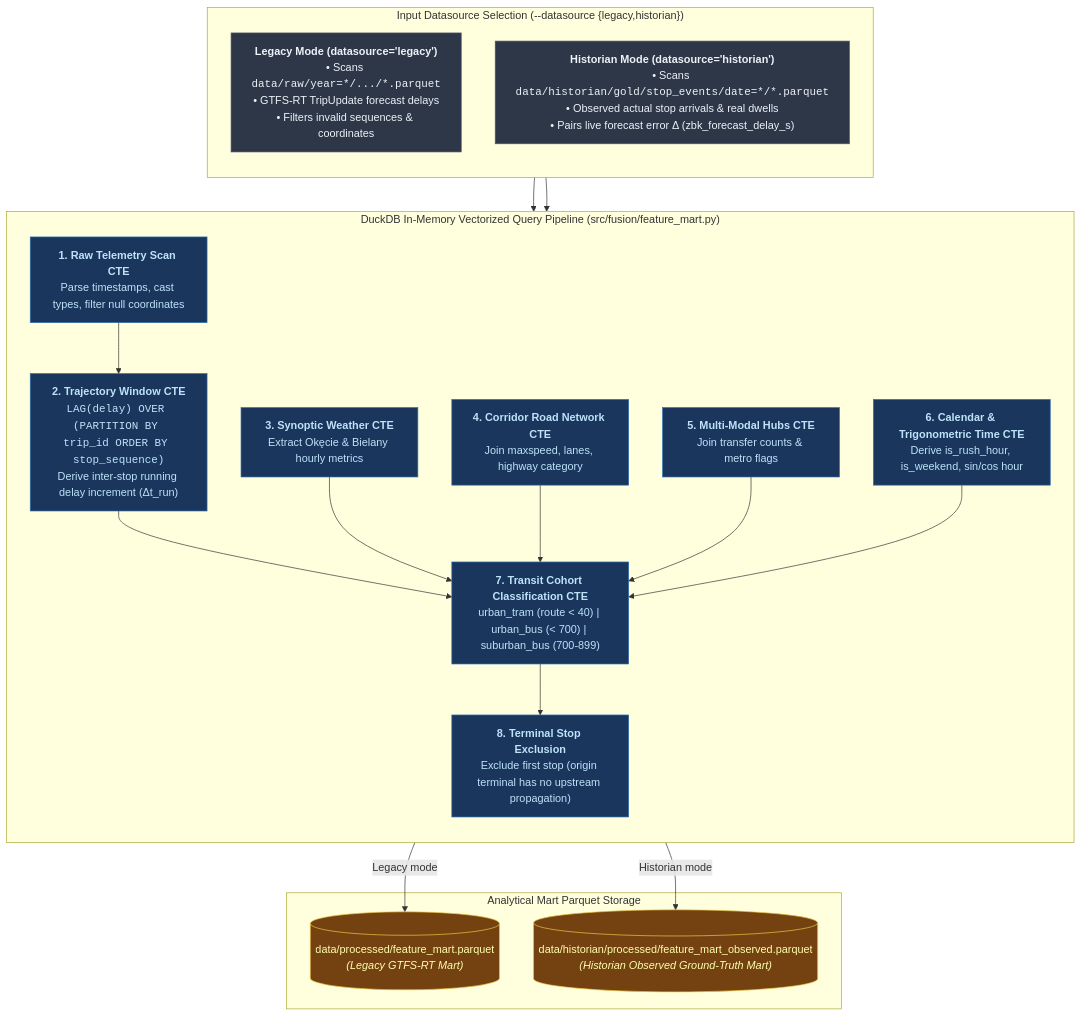
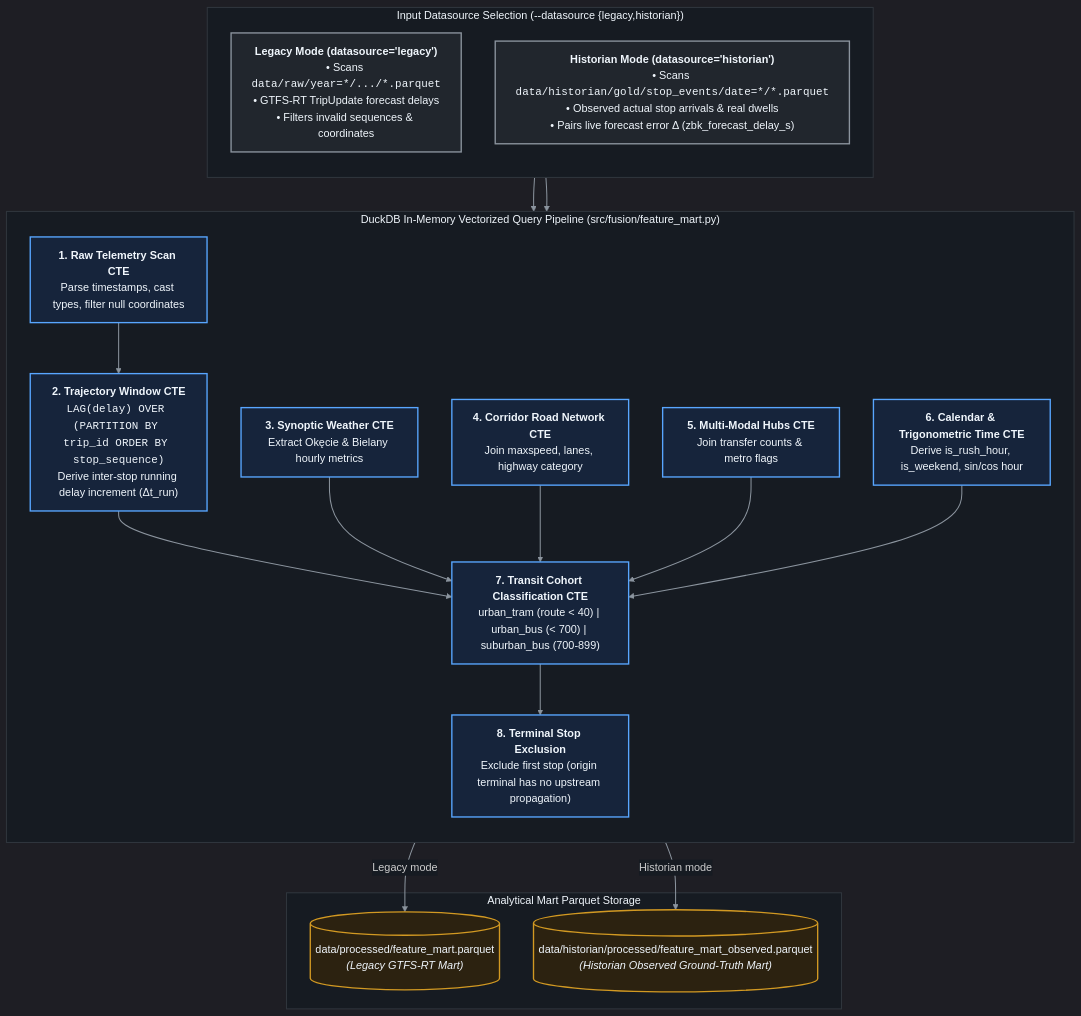
Before and after one commit to giangh14cqt/warsaw-public-transport-monitor: the first of 2 diagrams in architect/data_processing/feature_mart_fusion.md, drawn with Mermaid. The commit also changed other lines of this file and 9 other files, not shown here.

First line of the commit message:
style(architect): optimize all Mermaid diagrams for GitHub dark theme readability

````diff
--- a/architect/data_processing/feature_mart_fusion.md
+++ b/architect/data_processing/feature_mart_fusion.md
@@ -9,48 +9,72 @@
 ```mermaid
+%%{init: {
+  'theme': 'dark',
+  'themeVariables': {
+    'darkMode': true,
+    'background': '#0d1117',
+    'mainBkg': '#161b22',
+    'primaryColor': '#1f2937',
+    'primaryTextColor': '#f0f6fc',
+    'primaryBorderColor': '#58a6ff',
+    'lineColor': '#8b949e',
+    'secondaryColor': '#161b22',
+    'tertiaryColor': '#21262d',
+    'clusterBkg': '#161b22',
+    'clusterBorder': '#30363d',
+    'edgeLabelBackground': '#161b22'
+  }
+}}%%
 flowchart TD
     subgraph DataSources ["Input Datasource Selection (--datasource {legacy,historian})"]
         direction TB
         DS_Leg["<b>Legacy Mode (datasource='legacy')</b><br/>• Scans <code>data/raw/year=*/.../*.parquet</code><br/>• GTFS-RT TripUpdate forecast delays<br/>• Filters invalid sequences & coordinates"]
         DS_Hist["<b>Historian Mode (datasource='historian')</b><br/>• Scans <code>data/historian/gold/stop_events/date=*/*.parquet</code><br/>• Observed actual stop arrivals & real dwells<br/>• Pairs live forecast error Δ (zbk_forecast_delay_s)"]
     end
 
     subgraph DuckDBEngine ["DuckDB In-Memory Vectorized Query Pipeline (src/fusion/feature_mart.py)"]
         direction TB
         BaseCTE["<b>1. Raw Telemetry Scan CTE</b><br/>Parse timestamps, cast types, filter null coordinates"]
         WindowCTE["<b>2. Trajectory Window CTE</b><br/><code>LAG(delay) OVER (PARTITION BY trip_id ORDER BY stop_sequence)</code><br/>Derive inter-stop running delay increment (Δt_run)"]
         WeatherCTE["<b>3. Synoptic Weather CTE</b><br/>Extract Okęcie & Bielany hourly metrics"]
         OSMCTE["<b>4. Corridor Road Network CTE</b><br/>Join maxspeed, lanes, highway category"]
         InterchangeCTE["<b>5. Multi-Modal Hubs CTE</b><br/>Join transfer counts & metro flags"]
         CalendarCTE["<b>6. Calendar & Trigonometric Time CTE</b><br/>Derive is_rush_hour, is_weekend, sin/cos hour"]
         CohortCTE["<b>7. Transit Cohort Classification CTE</b><br/>urban_tram (route < 40) | urban_bus (< 700) | suburban_bus (700-899)"]
         FilterCTE["<b>8. Terminal Stop Exclusion</b><br/>Exclude first stop (origin terminal has no upstream propagation)"]
     end
 
     subgraph OutputStores ["Analytical Mart Parquet Storage"]
         Out_Leg[("data/processed/feature_mart.parquet<br/><i>(Legacy GTFS-RT Mart)</i>")]
         Out_Hist[("data/historian/processed/feature_mart_observed.parquet<br/><i>(Historian Observed Ground-Truth Mart)</i>")]
     end
 
     DS_Leg --> BaseCTE
     DS_Hist --> BaseCTE
 
     BaseCTE --> WindowCTE
     WindowCTE --> CohortCTE
     WeatherCTE --> CohortCTE
     OSMCTE --> CohortCTE
     InterchangeCTE --> CohortCTE
     CalendarCTE --> CohortCTE
 
     CohortCTE --> FilterCTE
     FilterCTE -->|Legacy mode| Out_Leg
     FilterCTE -->|Historian mode| Out_Hist
 
-    %% Styles
-    classDef dsStyle fill:#2d3748,stroke:#4a5568,color:#edf2f7;
-    classDef qStyle fill:#1a365d,stroke:#2b6cb0,color:#bee3f8;
-    classDef oStyle fill:#744210,stroke:#ecc94b,color:#ffffb0;
+    %% Subgraph Styling
+    style DataSources fill:#161b22,stroke:#30363d,stroke-width:1.5px,color:#f0f6fc
+    style DuckDBEngine fill:#161b22,stroke:#30363d,stroke-width:1.5px,color:#f0f6fc
+    style OutputStores fill:#161b22,stroke:#30363d,stroke-width:1.5px,color:#f0f6fc
+
+    %% High-Contrast Node Styling
+    classDef dsStyle fill:#21262d,stroke:#8b949e,stroke-width:2px,color:#f0f6fc;
+    classDef qStyle fill:#16243b,stroke:#58a6ff,stroke-width:2px,color:#f0f6fc;
+    classDef oStyle fill:#2c2210,stroke:#d29922,stroke-width:2px,color:#f0f6fc;
+
+    linkStyle default stroke:#8b949e,stroke-width:1.5px;
 
     class DS_Leg,DS_Hist dsStyle;
     class BaseCTE,WindowCTE,WeatherCTE,OSMCTE,InterchangeCTE,CalendarCTE,CohortCTE,FilterCTE qStyle;
     class Out_Leg,Out_Hist oStyle;
 ```
````
